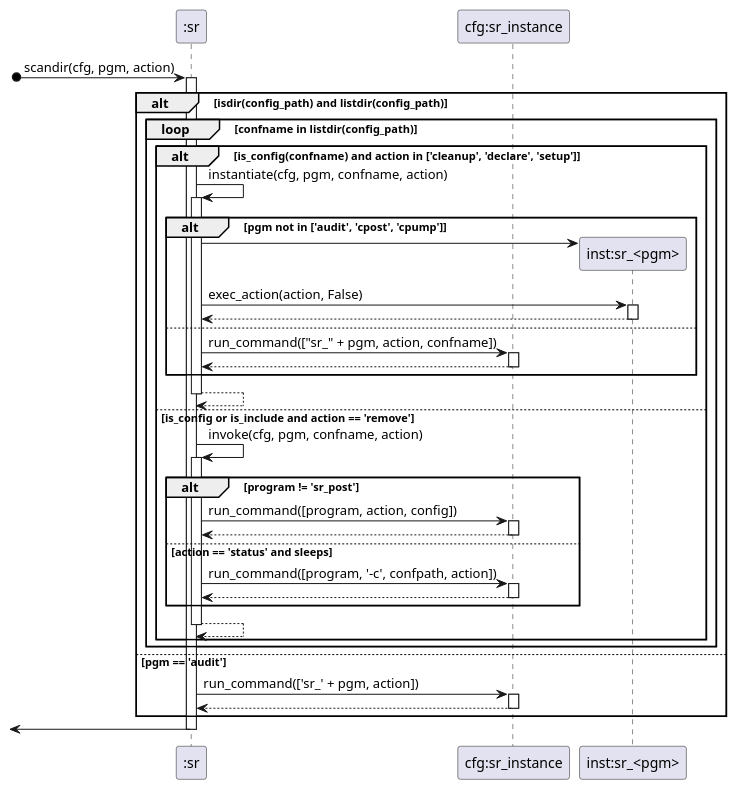
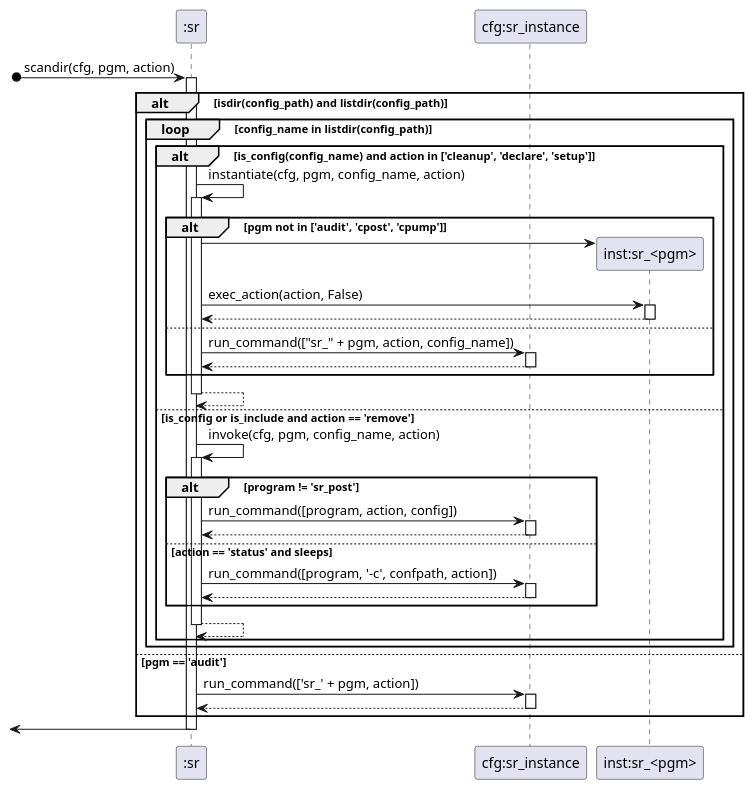
One commit to AndrewBergen/sarracenia changed the diagram in doc/design/uml/sr_scandir.puml. Above: the diagram before and after it, drawn with PlantUML. The commit also changed 1 other file, not shown here.

Commit message:
Rename confname to config_name.

```diff
--- a/doc/design/uml/sr_scandir.puml
+++ b/doc/design/uml/sr_scandir.puml
@@ -1,50 +1,50 @@
 @startuml
 participant ":sr" as sr
 participant "cfg:sr_instance" as cfg
 participant "inst:sr_<pgm>" as inst
 
 
 [o-> sr: scandir(cfg, pgm, action)
 activate sr
 
 alt isdir(config_path) and listdir(config_path)
- loop confname in listdir(config_path)
-  alt is_config(confname) and action in ['cleanup', 'declare', 'setup']
-    sr -> sr: instantiate(cfg, pgm, confname, action)
+ loop config_name in listdir(config_path)
+  alt is_config(config_name) and action in ['cleanup', 'declare', 'setup']
+    sr -> sr: instantiate(cfg, pgm, config_name, action)
     activate sr
     alt pgm not in ['audit', 'cpost', 'cpump']
      create inst
      sr -> inst
      sr -> inst: exec_action(action, False)
      activate inst
      return
     else
-     sr -> cfg: run_command(["sr_" + pgm, action, confname])
+     sr -> cfg: run_command(["sr_" + pgm, action, config_name])
      activate cfg
      return
     end alt
     return
   else is_config or is_include and action == 'remove'
-    sr -> sr: invoke(cfg, pgm, confname, action)
+    sr -> sr: invoke(cfg, pgm, config_name, action)
     activate sr
     alt program != 'sr_post'
      sr -> cfg: run_command([program, action, config])
      activate cfg
      return
     else action == 'status' and sleeps
      sr -> cfg: run_command([program, '-c', confpath, action])
      activate cfg
      return
     end alt
     return
 
   end alt
  end loop
 else pgm == 'audit'
  sr -> cfg: run_command(['sr_' + pgm, action])
  activate cfg
  return
 end alt
 [<- sr
 deactivate sr
 @enduml
```
